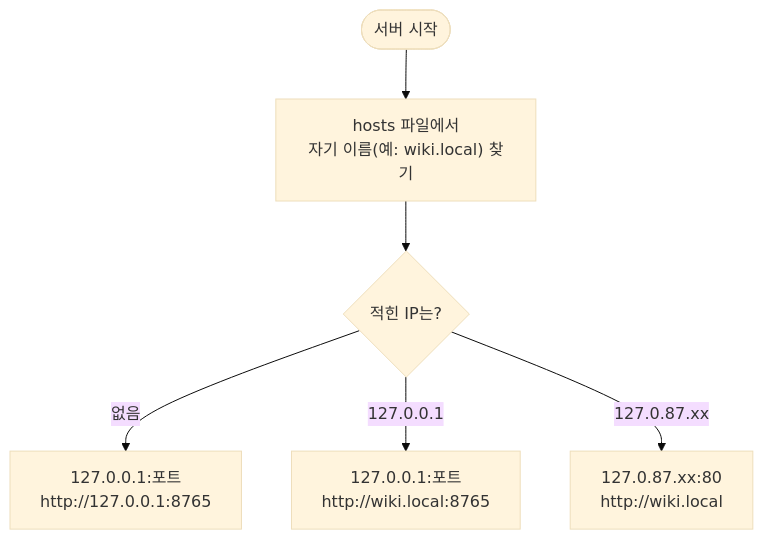
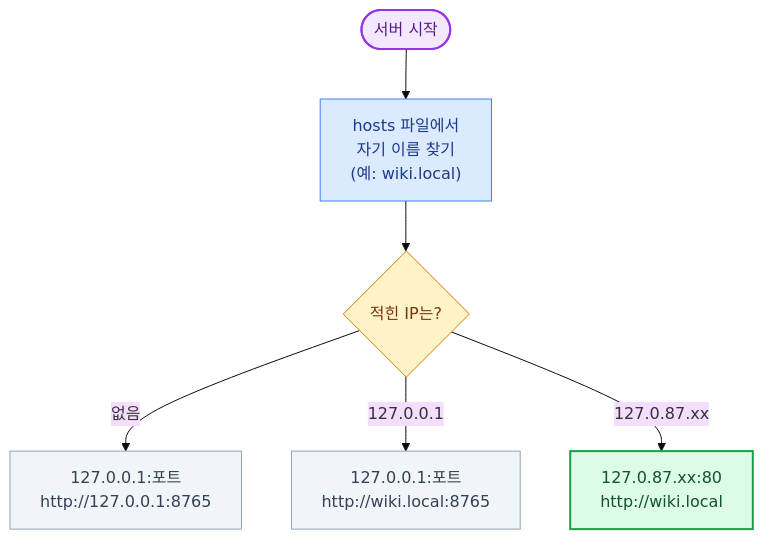
One commit to pcmola/ai-master changed the second of 6 diagrams in README.md. Above: the diagram before and after it, drawn with Mermaid (base theme). The commit also changed other lines of this file, not shown here.

````diff
--- a/README.md
+++ b/README.md
@@ -124,8 +145,19 @@
 ```mermaid
 flowchart TD
-    start(["서버 시작"]) --> read["hosts 파일에서<br/>자기 이름(예: wiki.local) 찾기"]
+    start(["서버 시작"]) --> read["hosts 파일에서<br/>자기 이름 찾기<br/>(예: wiki.local)"]
     read --> found{"적힌 IP는?"}
     found -- "없음" --> a["127.0.0.1:포트<br/>http://127.0.0.1:8765"]
     found -- "127.0.0.1" --> b["127.0.0.1:포트<br/>http://wiki.local:8765"]
     found -- "127.0.87.xx" --> c["127.0.87.xx:80<br/>http://wiki.local"]
+
+    classDef start fill:#F3E8FF,stroke:#9333EA,stroke-width:2px,color:#581C87
+    classDef step fill:#DBEAFE,stroke:#3B82F6,color:#1E3A8A
+    classDef decide fill:#FEF3C7,stroke:#D97706,color:#78350F
+    classDef meh fill:#F1F5F9,stroke:#94A3B8,color:#334155
+    classDef best fill:#DCFCE7,stroke:#16A34A,stroke-width:2px,color:#14532D
+    class start start
+    class read step
+    class found decide
+    class a,b meh
+    class c best
 ```
````
